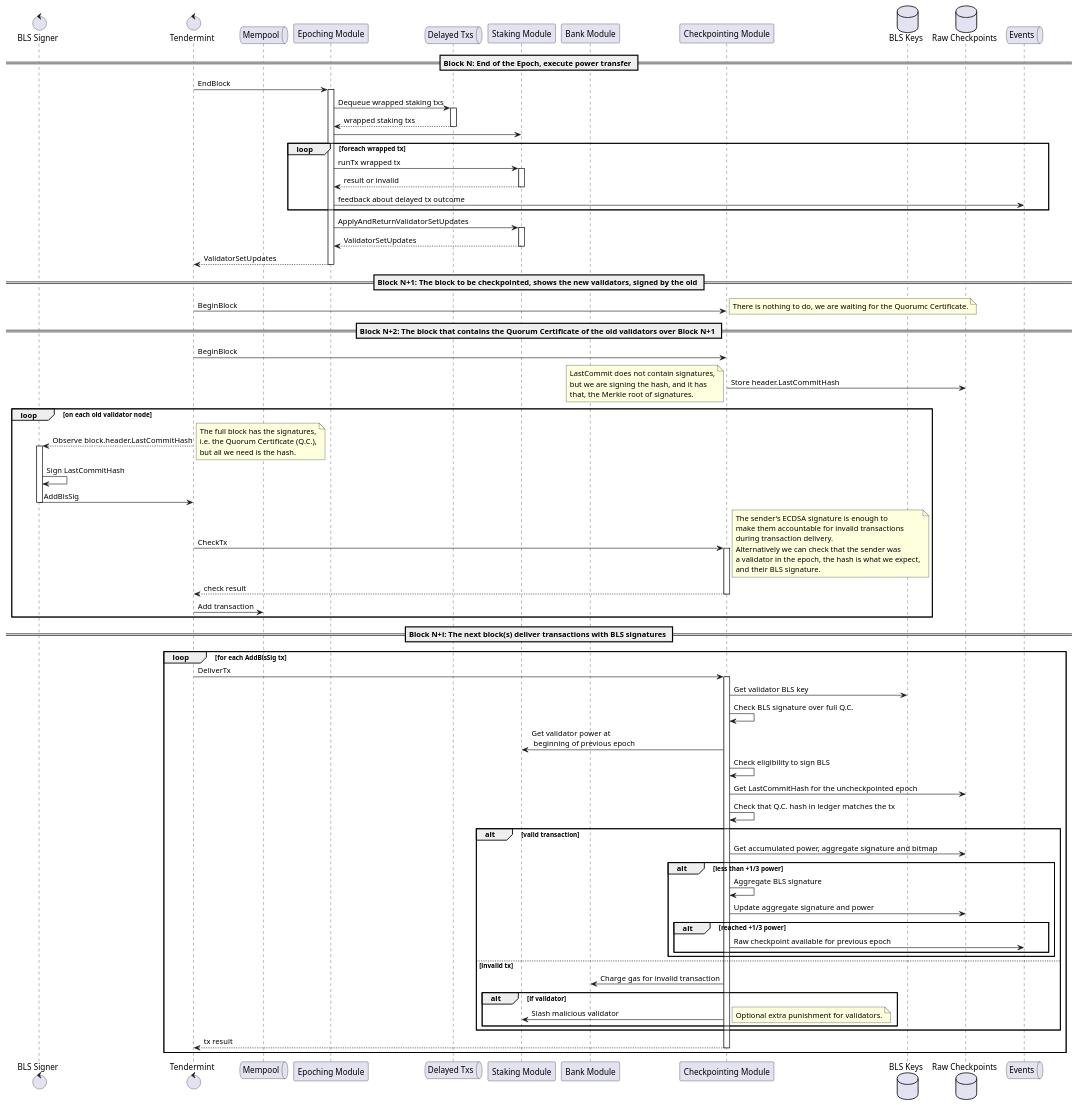
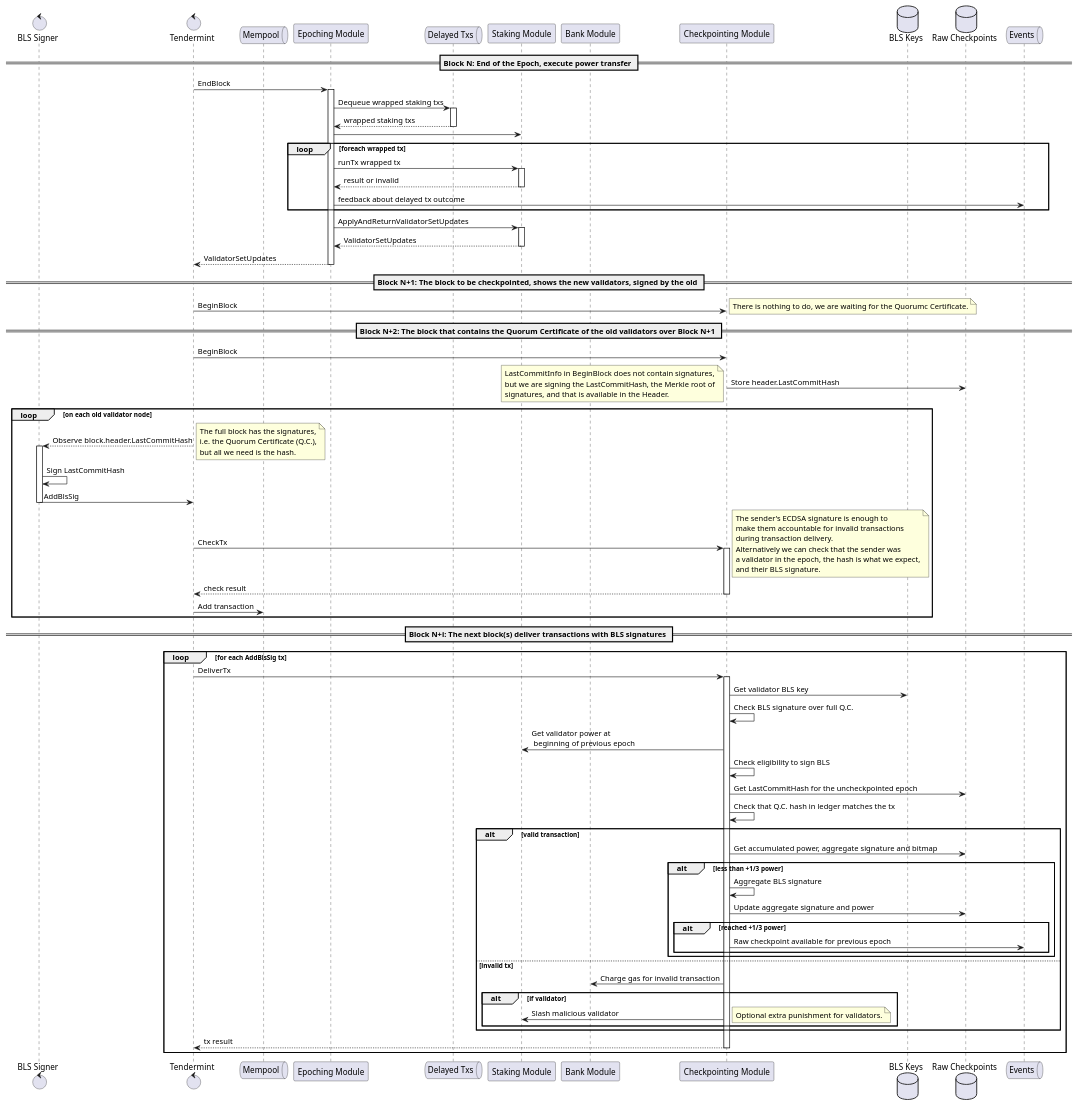
Before and after one commit to babylonchain/babylon: the diagram in docs/diagrams/create_raw_checkpoint.puml, drawn with PlantUML. The commit also changed 3 other files, not shown here.

```diff
--- a/docs/diagrams/create_raw_checkpoint.puml
+++ b/docs/diagrams/create_raw_checkpoint.puml
@@ -1,101 +1,101 @@
 @startuml Creating a Raw Checkpoint
 control     "BLS Signer"      as signer
 control     Tendermint
 queue       Mempool
 participant "Epoching Module" as epoching
 queue       "Delayed Txs"     as delayedtxs
 participant "Staking Module"  as staking
 participant "Bank Module"     as bank
 participant "Checkpointing Module" as checkpointing
 database    "BLS Keys"        as blskeys
 database    "Raw Checkpoints" as rawckpts
 queue       Events
 
 == Block N: End of the Epoch, execute power transfer ==
 
 Tendermint -> epoching ++ : EndBlock
 epoching -> delayedtxs ++ : Dequeue wrapped staking txs
 return wrapped staking txs
 epoching -> staking
 loop foreach wrapped tx
   epoching -> staking ++ : runTx wrapped tx
   return result or invalid
   epoching -> Events : feedback about delayed tx outcome
 end
 epoching -> staking ++ : ApplyAndReturnValidatorSetUpdates
 return ValidatorSetUpdates
 return ValidatorSetUpdates
 
 == Block N+1: The block to be checkpointed, shows the new validators, signed by the old ==
 
 Tendermint -> checkpointing : BeginBlock
 note right
   There is nothing to do, we are waiting for the Quorumc Certificate.
 end note
 
 == Block N+2: The block that contains the Quorum Certificate of the old validators over Block N+1 ==
 
 Tendermint -> checkpointing : BeginBlock
 checkpointing -> rawckpts : Store header.LastCommitHash
 note left
-  LastCommit does not contain signatures,
-  but we are signing the hash, and it has
-  that, the Merkle root of signatures.
+  LastCommitInfo in BeginBlock does not contain signatures,
+  but we are signing the LastCommitHash, the Merkle root of
+  signatures, and that is available in the Header.
 end note
 
 loop on each old validator node
   Tendermint --> signer ++ : Observe block.header.LastCommitHash
   note right
     The full block has the signatures,
     i.e. the Quorum Certificate (Q.C.),
     but all we need is the hash.
   end note
   signer -> signer : Sign LastCommitHash
   signer -> Tendermint -- : AddBlsSig
   Tendermint -> checkpointing ++: CheckTx
   note right
     The sender's ECDSA signature is enough to
     make them accountable for invalid transactions
     during transaction delivery.
     Alternatively we can check that the sender was
     a validator in the epoch, the hash is what we expect,
     and their BLS signature.
   end note
   return check result
   Tendermint -> Mempool : Add transaction
 end
 
 == Block N+i: The next block(s) deliver transactions with BLS signatures ==
 
 loop for each AddBlsSig tx
   Tendermint -> checkpointing ++ : DeliverTx
   checkpointing -> blskeys : Get validator BLS key
   checkpointing -> checkpointing : Check BLS signature over full Q.C.
   checkpointing -> staking : Get validator power at \n beginning of previous epoch
   checkpointing -> checkpointing : Check eligibility to sign BLS
   checkpointing -> rawckpts : Get LastCommitHash for the uncheckpointed epoch
   checkpointing -> checkpointing : Check that Q.C. hash in ledger matches the tx
 
   alt valid transaction
     checkpointing -> rawckpts : Get accumulated power, aggregate signature and bitmap
     alt less than +1/3 power
       checkpointing -> checkpointing : Aggregate BLS signature
       checkpointing -> rawckpts : Update aggregate signature and power
       alt reached +1/3 power
         checkpointing -> Events : Raw checkpoint available for previous epoch
       end
     end
   else invalid tx
     checkpointing -> bank : Charge gas for invalid transaction
     alt if validator
       checkpointing -> staking : Slash malicious validator
       note right
         Optional extra punishment for validators.
       end note
     end
   end
 
   return tx result
 end
 
 @enduml
```
